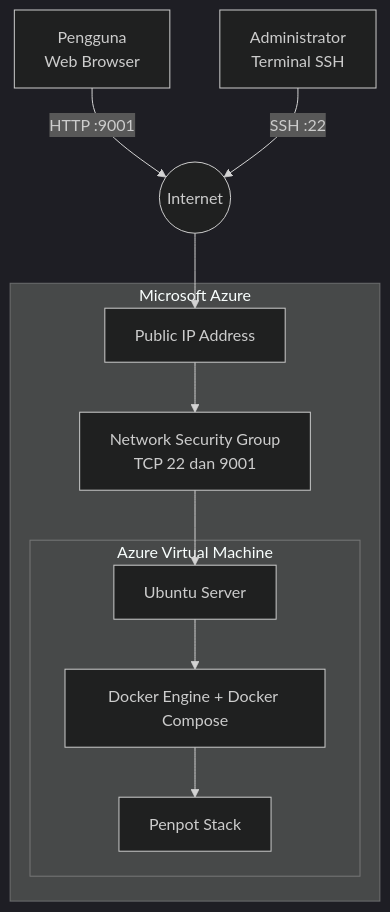
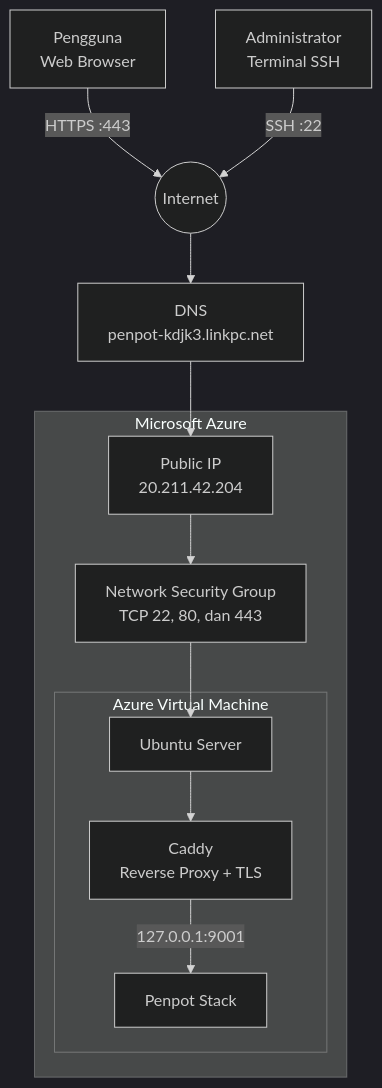
Before and after one commit to nvrzqy/penpot: the first of 5 diagrams in docs/report.md, drawn with Mermaid (dark theme). The commit also changed other lines of this file and 4 other files, not shown here.

Commit message:
docs: document DNS Caddy and HTTPS deployment

````diff
--- a/docs/report.md
+++ b/docs/report.md
@@ -176,25 +193,27 @@
 ```mermaid
 flowchart TB
     user[Pengguna<br/>Web Browser]
     admin[Administrator<br/>Terminal SSH]
     internet((Internet))
+    dns[DNS<br/>penpot-kdjk3.linkpc.net]
 
     subgraph azure[Microsoft Azure]
-        publicIP[Public IP Address]
-        nsg[Network Security Group<br/>TCP 22 dan 9001]
+        publicIP[Public IP<br/>20.211.42.204]
+        nsg[Network Security Group<br/>TCP 22, 80, dan 443]
 
         subgraph vm[Azure Virtual Machine]
             ubuntu[Ubuntu Server]
-            docker[Docker Engine + Docker Compose]
+            caddy[Caddy<br/>Reverse Proxy + TLS]
             penpot[Penpot Stack]
         end
     end
 
-    user -->|HTTP :9001| internet
+    user -->|HTTPS :443| internet
     admin -->|SSH :22| internet
-    internet --> publicIP
+    internet --> dns
+    dns --> publicIP
     publicIP --> nsg
     nsg --> ubuntu
-    ubuntu --> docker
-    docker --> penpot
+    ubuntu --> caddy
+    caddy -->|127.0.0.1:9001| penpot
 ```
````
